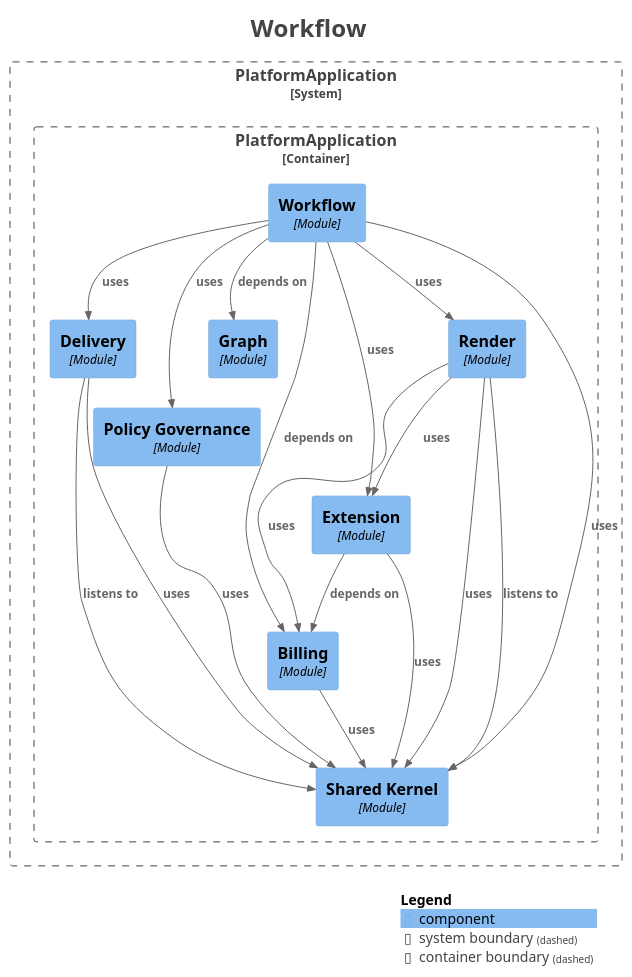
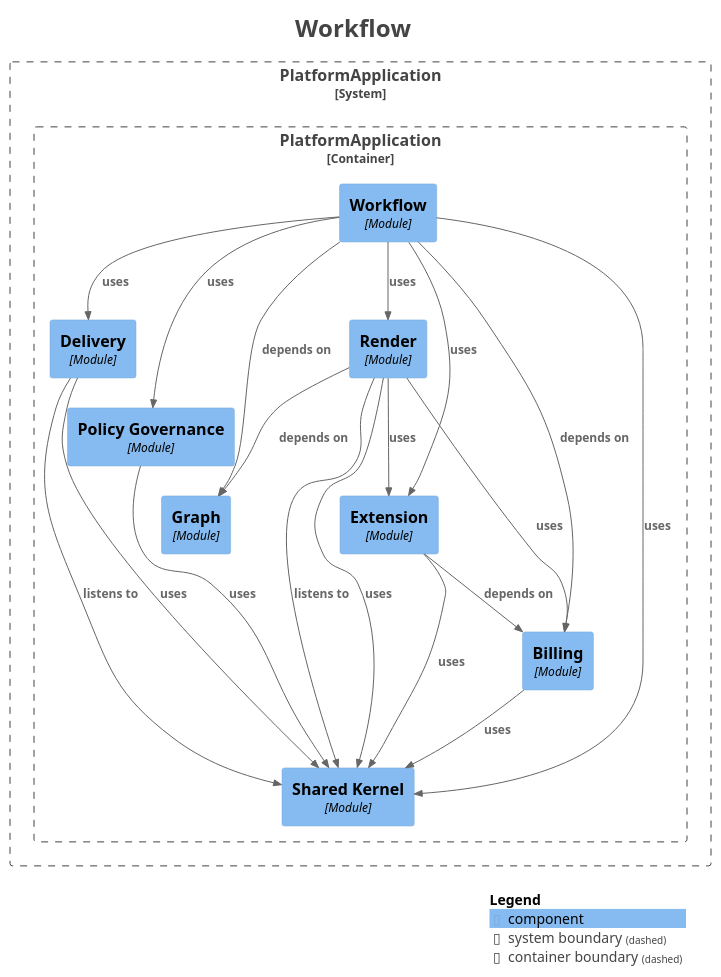
One commit to shangxq007/media-platform changed the diagram in platform-app/docs/architecture/maps/generated/modulith/module-workflow.puml. Above: the diagram before and after it, drawn with PlantUML. The commit also changed 3 other files, not shown here.

Commit message:
roadmap20: publish implementation FCV report for independent final review

```diff
--- a/platform-app/docs/architecture/maps/generated/modulith/module-workflow.puml
+++ b/platform-app/docs/architecture/maps/generated/modulith/module-workflow.puml
@@ -1,52 +1,53 @@
 @startuml
 title <size:24>Workflow</size>
 
 set separator none
 top to bottom direction
 
 <style>
   root {
     BackgroundColor: #ffffff
     FontColor: #444444
   }
 </style>
 
 !include <C4/C4>
 !include <C4/C4_Context>
 !include <C4/C4_Component>
 
 System_Boundary("PlatformApplication_boundary", "PlatformApplication", $tags="") {
   Container_Boundary("PlatformApplication.PlatformApplication_boundary", "PlatformApplication", $tags="") {
     Component(PlatformApplication.PlatformApplication.Delivery, "Delivery", $techn="Module", $descr="", $tags="", $link="")
     Component(PlatformApplication.PlatformApplication.Extension, "Extension", $techn="Module", $descr="", $tags="", $link="")
     Component(PlatformApplication.PlatformApplication.Graph, "Graph", $techn="Module", $descr="", $tags="", $link="")
     Component(PlatformApplication.PlatformApplication.PolicyGovernance, "Policy Governance", $techn="Module", $descr="", $tags="", $link="")
     Component(PlatformApplication.PlatformApplication.Render, "Render", $techn="Module", $descr="", $tags="", $link="")
     Component(PlatformApplication.PlatformApplication.SharedKernel, "Shared Kernel", $techn="Module", $descr="", $tags="", $link="")
     Component(PlatformApplication.PlatformApplication.Workflow, "Workflow", $techn="Module", $descr="", $tags="", $link="")
     Component(PlatformApplication.PlatformApplication.Billing, "Billing", $techn="Module", $descr="", $tags="", $link="")
   }
 
 }
 
 Rel(PlatformApplication.PlatformApplication.Billing, PlatformApplication.PlatformApplication.SharedKernel, "uses", $techn="", $tags="", $link="")
 Rel(PlatformApplication.PlatformApplication.Delivery, PlatformApplication.PlatformApplication.SharedKernel, "listens to", $techn="", $tags="", $link="")
 Rel(PlatformApplication.PlatformApplication.Delivery, PlatformApplication.PlatformApplication.SharedKernel, "uses", $techn="", $tags="", $link="")
 Rel(PlatformApplication.PlatformApplication.Extension, PlatformApplication.PlatformApplication.Billing, "depends on", $techn="", $tags="", $link="")
 Rel(PlatformApplication.PlatformApplication.Extension, PlatformApplication.PlatformApplication.SharedKernel, "uses", $techn="", $tags="", $link="")
 Rel(PlatformApplication.PlatformApplication.PolicyGovernance, PlatformApplication.PlatformApplication.SharedKernel, "uses", $techn="", $tags="", $link="")
 Rel(PlatformApplication.PlatformApplication.Render, PlatformApplication.PlatformApplication.Billing, "uses", $techn="", $tags="", $link="")
 Rel(PlatformApplication.PlatformApplication.Render, PlatformApplication.PlatformApplication.Extension, "uses", $techn="", $tags="", $link="")
+Rel(PlatformApplication.PlatformApplication.Render, PlatformApplication.PlatformApplication.Graph, "depends on", $techn="", $tags="", $link="")
 Rel(PlatformApplication.PlatformApplication.Render, PlatformApplication.PlatformApplication.SharedKernel, "listens to", $techn="", $tags="", $link="")
 Rel(PlatformApplication.PlatformApplication.Render, PlatformApplication.PlatformApplication.SharedKernel, "uses", $techn="", $tags="", $link="")
 Rel(PlatformApplication.PlatformApplication.Workflow, PlatformApplication.PlatformApplication.Billing, "depends on", $techn="", $tags="", $link="")
 Rel(PlatformApplication.PlatformApplication.Workflow, PlatformApplication.PlatformApplication.Delivery, "uses", $techn="", $tags="", $link="")
 Rel(PlatformApplication.PlatformApplication.Workflow, PlatformApplication.PlatformApplication.Extension, "uses", $techn="", $tags="", $link="")
 Rel(PlatformApplication.PlatformApplication.Workflow, PlatformApplication.PlatformApplication.Graph, "depends on", $techn="", $tags="", $link="")
 Rel(PlatformApplication.PlatformApplication.Workflow, PlatformApplication.PlatformApplication.PolicyGovernance, "uses", $techn="", $tags="", $link="")
 Rel(PlatformApplication.PlatformApplication.Workflow, PlatformApplication.PlatformApplication.Render, "uses", $techn="", $tags="", $link="")
 Rel(PlatformApplication.PlatformApplication.Workflow, PlatformApplication.PlatformApplication.SharedKernel, "uses", $techn="", $tags="", $link="")
 
 SHOW_LEGEND(true)
 hide stereotypes
 @enduml
```
